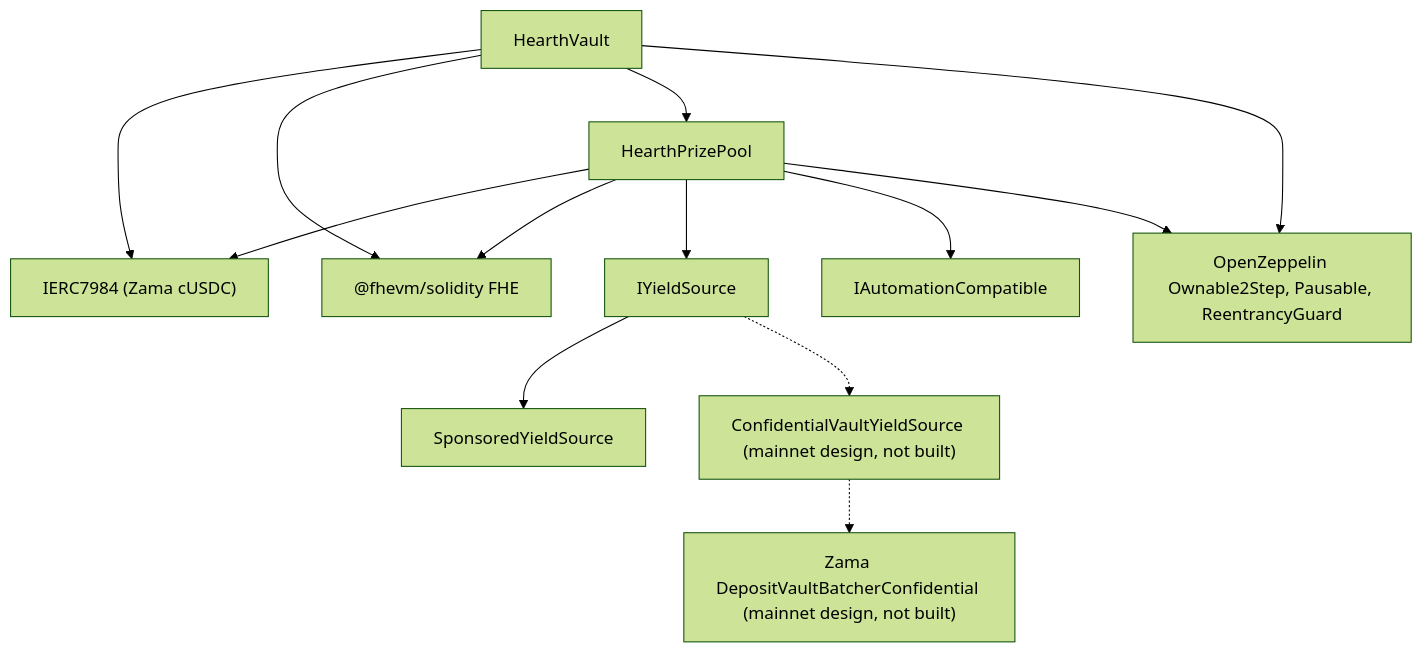
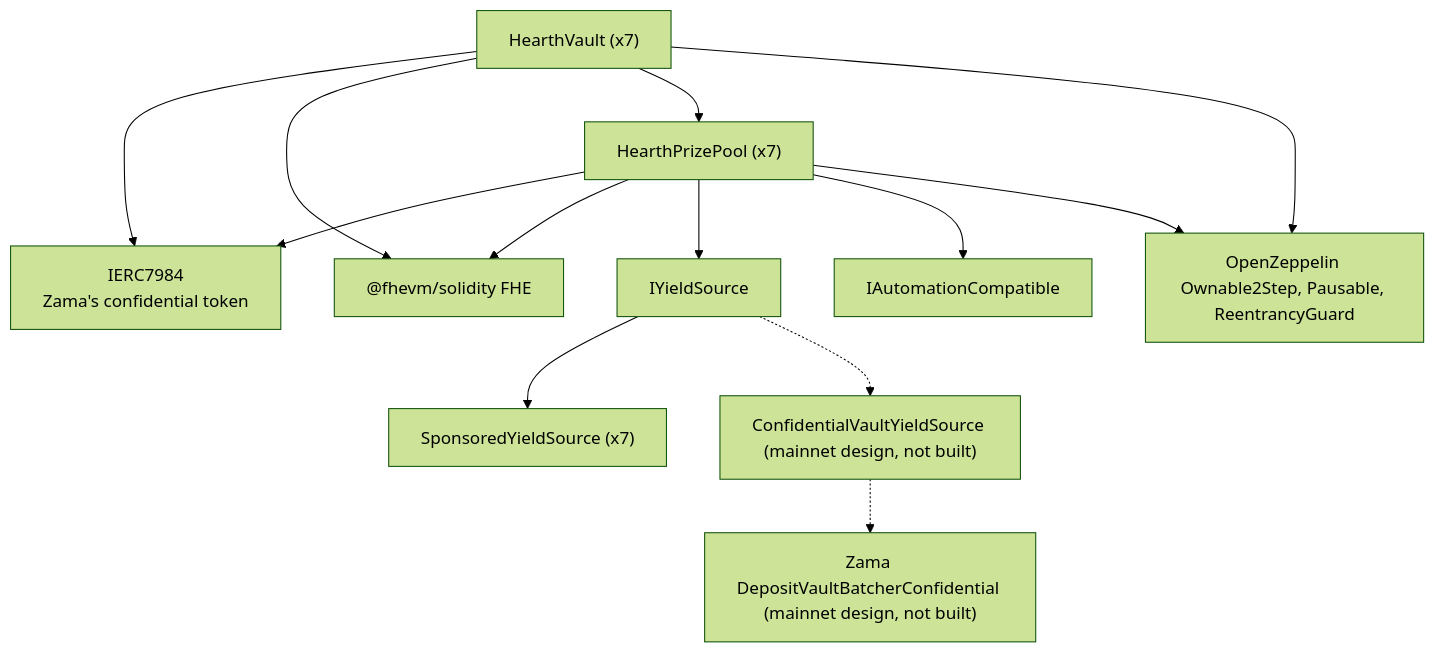
Before and after one commit to ramakrishnanhulk20/hearth: the third of 3 diagrams in ARCHITECTURE.md, drawn with Mermaid (forest theme). The commit also changed other lines of this file and 291 other files, not shown here.

Commit message:
README, architecture and the docs site describe seven pools, and the docs are translated page for page

````diff
--- a/ARCHITECTURE.md
+++ b/ARCHITECTURE.md
@@ -412,15 +439,15 @@
 ```mermaid
 flowchart TD
-    Vault["HearthVault"] --> IERC7984["IERC7984 (Zama cUSDC)"]
+    Vault["HearthVault (x7)"] --> IERC7984["IERC7984<br/>Zama's confidential token"]
     Vault --> FHE["@fhevm/solidity FHE"]
-    Vault --> Pool["HearthPrizePool"]
+    Vault --> Pool["HearthPrizePool (x7)"]
     Pool --> IERC7984
     Pool --> FHE
     Pool --> IYield["IYieldSource"]
-    IYield --> Sponsored["SponsoredYieldSource"]
+    IYield --> Sponsored["SponsoredYieldSource (x7)"]
     IYield -.-> CV["ConfidentialVaultYieldSource (mainnet design, not built)"]
     CV -.-> Batcher["Zama DepositVaultBatcherConfidential (mainnet design, not built)"]
     Pool --> Auto["IAutomationCompatible"]
     Vault --> OZ["OpenZeppelin Ownable2Step, Pausable, ReentrancyGuard"]
     Pool --> OZ
 ```
````
